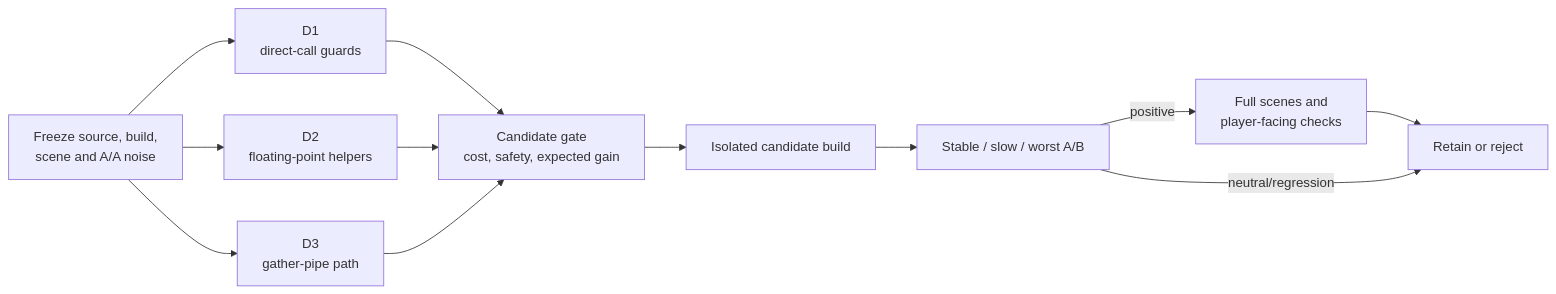
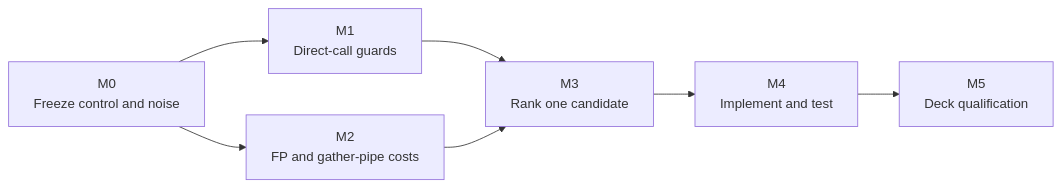
The diagram in docs/planning/2026-10-27-runtime_cpu_optimization/TECH_PLAN.md (irregularthanis/bluewake), drawn with Mermaid before and after one commit. The commit also changed other lines of this file, not shown here.

````diff
--- a/docs/planning/2026-10-27-runtime_cpu_optimization/TECH_PLAN.md
+++ b/docs/planning/2026-10-27-runtime_cpu_optimization/TECH_PLAN.md
@@ -64,19 +17,15 @@
 ```mermaid
 flowchart LR
-    Baseline["Freeze source, build,<br/>scene and A/A noise"]
-    D["D1<br/>direct-call guards"]
-    F["D2<br/>floating-point helpers"]
-    G["D3<br/>gather-pipe path"]
-    Gate["Candidate gate<br/>cost, safety, expected gain"]
-    Build["Isolated candidate build"]
-    Fixed["Stable / slow / worst A/B"]
-    Tour["Full scenes and<br/>player-facing checks"]
-    Decision["Retain or reject"]
+    M0["M0<br/>Freeze control and noise"]
+    M1["M1<br/>Direct-call guards"]
+    M2["M2<br/>FP and gather-pipe costs"]
+    M3["M3<br/>Rank one candidate"]
+    M4["M4<br/>Implement and test"]
+    M5["M5<br/>Deck qualification"]
 
-    Baseline --> D --> Gate
-    Baseline --> F --> Gate
-    Baseline --> G --> Gate
-    Gate --> Build --> Fixed
-    Fixed -->|positive| Tour --> Decision
-    Fixed -->|neutral/regression| Decision
+    M0 --> M1
+    M0 --> M2
+    M1 --> M3
+    M2 --> M3
+    M3 --> M4 --> M5
 ```
````
